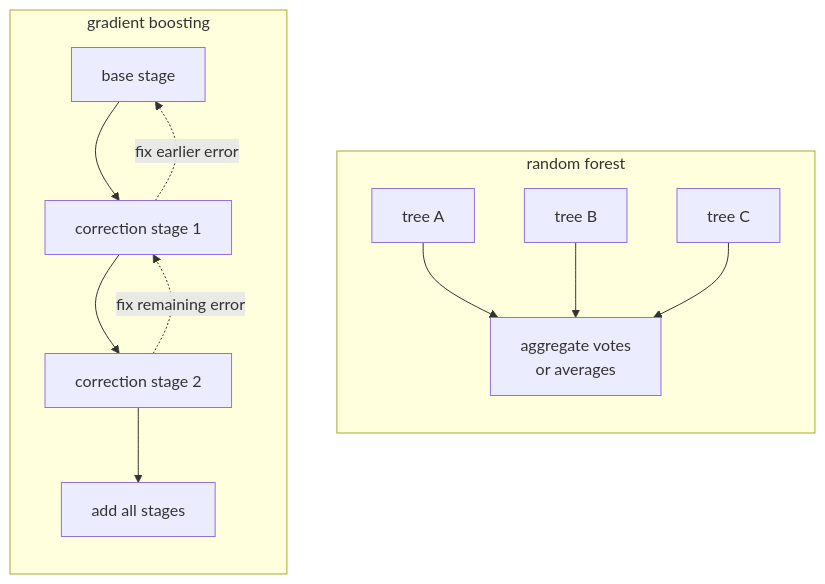
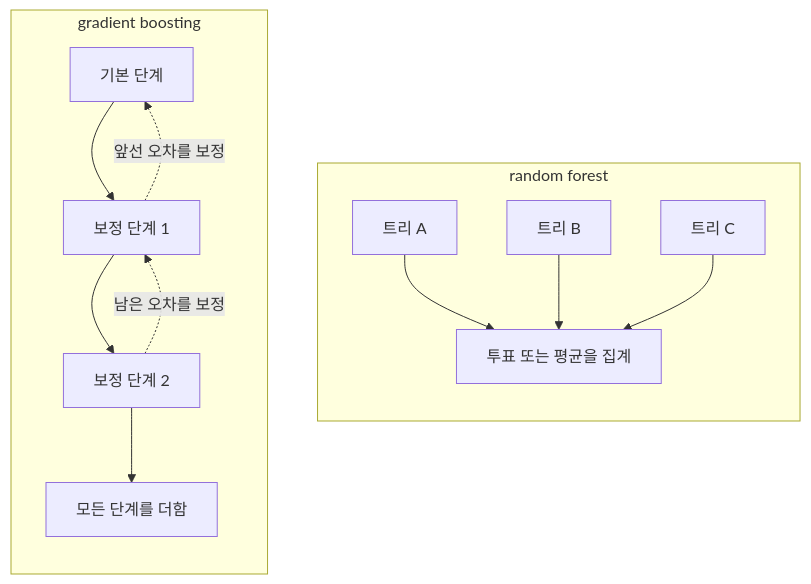
One commit to devchan64/AiBook changed the diagram in docs/assets/part-04/chapter-16/p4-16-1-mermaid-02-ko.mmd. Above: the diagram before and after it, drawn with Mermaid. The commit also changed 279 other files, not shown here.

Commit message:
Localize Part 4 Korean and Chinese diagrams

```diff
--- a/docs/assets/part-04/chapter-16/p4-16-1-mermaid-02-ko.mmd
+++ b/docs/assets/part-04/chapter-16/p4-16-1-mermaid-02-ko.mmd
@@ -1,22 +1,22 @@
 flowchart TD
   subgraph RF["random forest"]
     direction TB
-    R1["tree A"]
-    R2["tree B"]
-    R3["tree C"]
-    R4["aggregate votes<br/>or averages"]
+    R1["트리 A"]
+    R2["트리 B"]
+    R3["트리 C"]
+    R4["투표 또는 평균을 집계"]
     R1 --> R4
     R2 --> R4
     R3 --> R4
   end
 
   subgraph GB["gradient boosting"]
     direction TB
-    G1["base stage"]
-    G2["correction stage 1"]
-    G3["correction stage 2"]
-    G4["add all stages"]
+    G1["기본 단계"]
+    G2["보정 단계 1"]
+    G3["보정 단계 2"]
+    G4["모든 단계를 더함"]
     G1 --> G2 --> G3 --> G4
-    G2 -. fix earlier error .-> G1
-    G3 -. fix remaining error .-> G2
+    G2 -. 앞선 오차를 보정 .-> G1
+    G3 -. 남은 오차를 보정 .-> G2
   end
```
